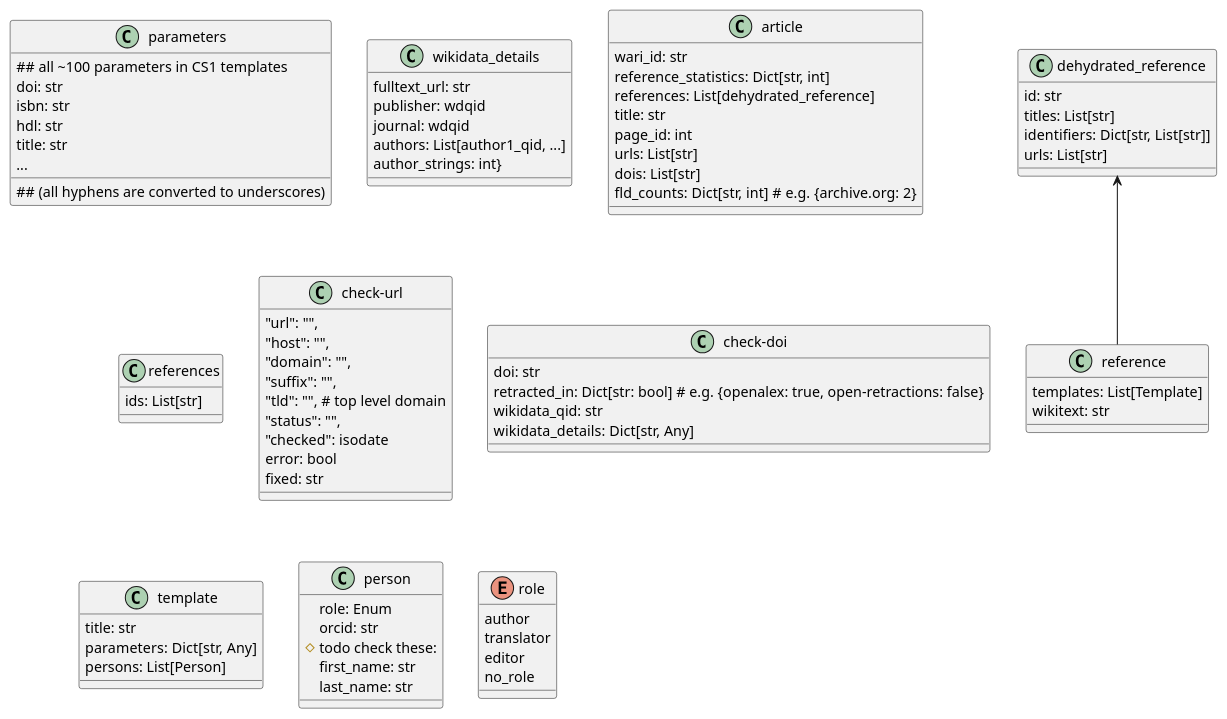
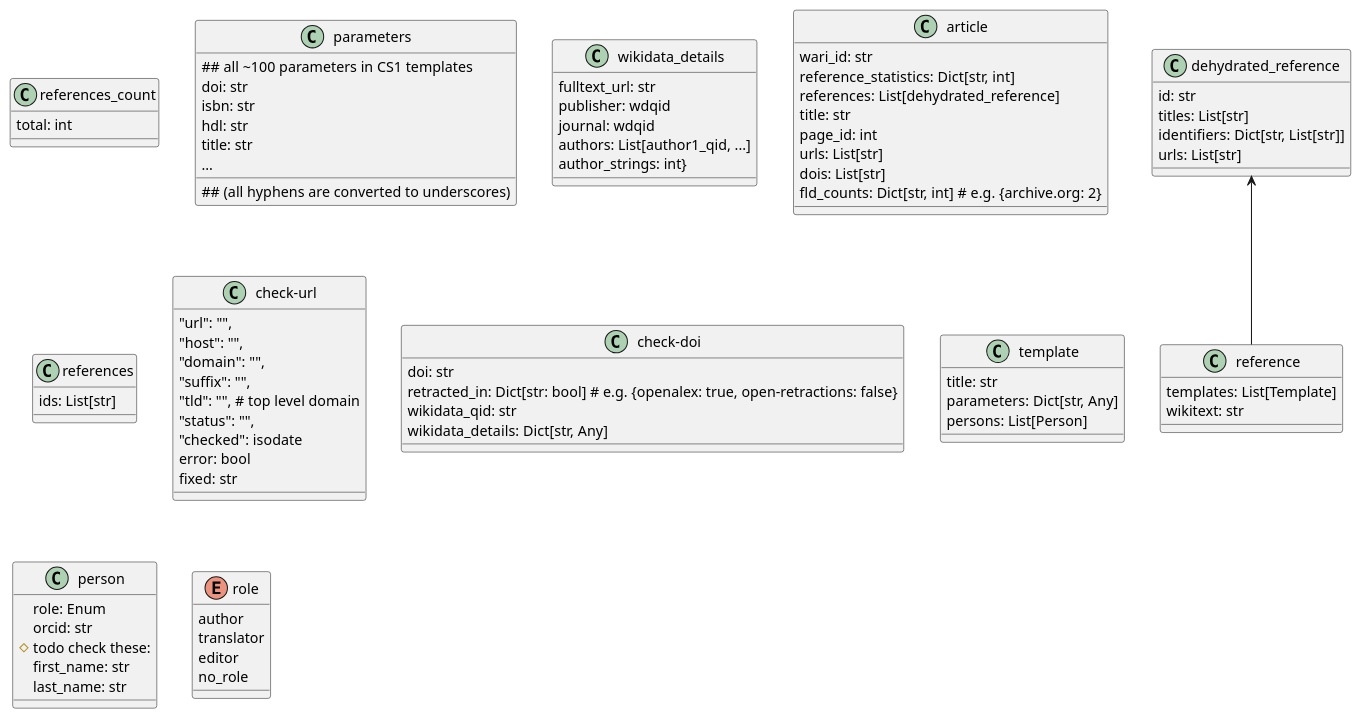
One commit to internetarchive/iari changed the diagram in diagrams/wari/classes.puml. Above: the diagram before and after it, drawn with PlantUML.

Commit message:
chore: Update the WARI classes.puml

```diff
--- a/diagrams/wari/classes.puml
+++ b/diagrams/wari/classes.puml
@@ -1,79 +1,82 @@
 @startuml
 'https://plantuml.com/class-diagram
 
+class references_count{
+total: int
+}
 class parameters{
 ## all ~100 parameters in CS1 templates
 ## (all hyphens are converted to underscores)
 doi: str
 isbn: str
 hdl: str
 title: str
 ...
 }
 class wikidata_details{
 fulltext_url: str
 publisher: wdqid
 journal: wdqid
 authors: List[author1_qid, ...]
 author_strings: int}
 }
 class article{
 wari_id: str
 reference_statistics: Dict[str, int]
 references: List[dehydrated_reference]
 title: str
 page_id: int
 urls: List[str]
 dois: List[str]
 fld_counts: Dict[str, int] # e.g. {archive.org: 2}
 }
 class references{
 ids: List[str]
 }
 class reference{
 templates: List[Template]
 wikitext: str
 }
 class dehydrated_reference {
 id: str
 titles: List[str]
 identifiers: Dict[str, List[str]]
 urls: List[str]
 }
 dehydrated_reference <-- reference
 class check-url{
 "url": "",
 "host": "",
 "domain": "",
 "suffix": "",
 "tld": "", # top level domain
 "status": "",
 "checked": isodate
 error: bool
 fixed: str
 }
 class check-doi{
 doi: str
 retracted_in: Dict[str: bool] # e.g. {openalex: true, open-retractions: false}
 wikidata_qid: str
 wikidata_details: Dict[str, Any]
 }
 class template{
 title: str
 parameters: Dict[str, Any]
 persons: List[Person]
 }
 class person{
 role: Enum
 orcid: str
 # todo check these:
 first_name: str
 last_name: str
 }
 enum role{
 author
 translator
 editor
 no_role
 }
 @enduml
```
